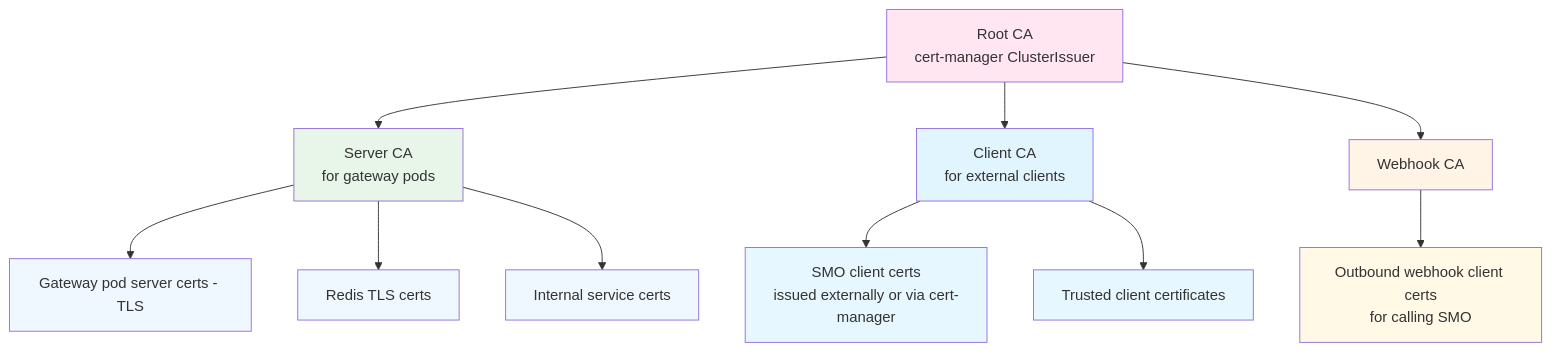
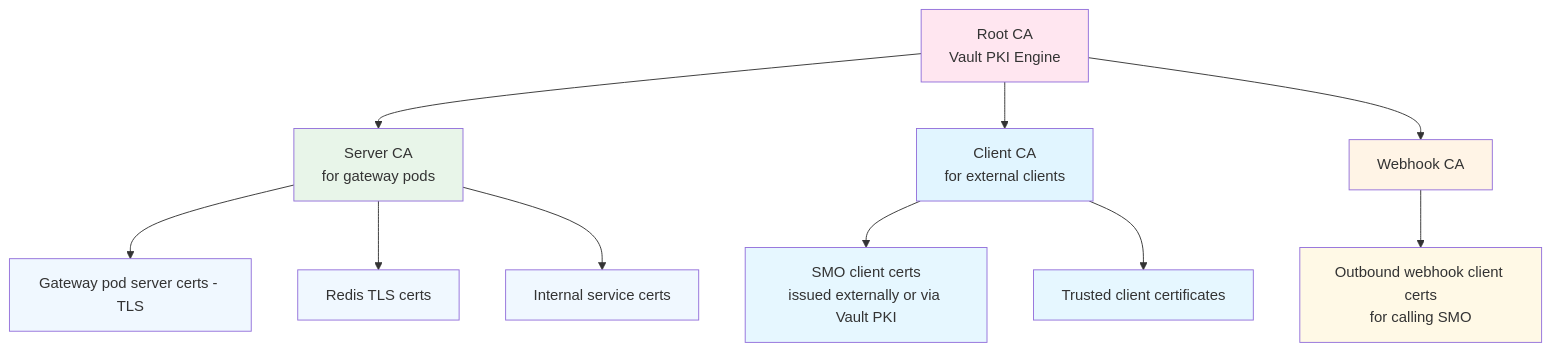
Before and after one commit to piwi3910/netweave: the third of 5 diagrams in docs/architecture/components.md, drawn with Mermaid. The commit also changed other lines of this file and 53 other files, not shown here.

First line of the commit message:
[Docs] Comprehensive documentation audit for multi-port architecture

````diff
--- a/docs/architecture/components.md
+++ b/docs/architecture/components.md
@@ -483,28 +483,28 @@
 ```mermaid
 graph TB
-    Root[Root CA<br/>cert-manager ClusterIssuer]
+    Root[Root CA<br/>Vault PKI Engine]
 
     Root --> ServerCA[Server CA<br/>for gateway pods]
     Root --> ClientCA[Client CA<br/>for external clients]
     Root --> WebhookCA[Webhook CA]
 
     ServerCA --> GatewayCert[Gateway pod server certs - TLS]
     ServerCA --> RedisCert[Redis TLS certs]
     ServerCA --> ServiceCert[Internal service certs]
 
-    ClientCA --> SMOCert[SMO client certs<br/>issued externally or via cert-manager]
+    ClientCA --> SMOCert[SMO client certs<br/>issued externally or via Vault PKI]
     ClientCA --> TrustedCert[Trusted client certificates]
 
     WebhookCA --> WebhookCert[Outbound webhook client certs<br/>for calling SMO]
 
     style Root fill:#ffe6f0
     style ServerCA fill:#e8f5e9
     style ClientCA fill:#e1f5ff
     style WebhookCA fill:#fff4e6
     style GatewayCert fill:#f0f8ff
     style RedisCert fill:#f0f8ff
     style ServiceCert fill:#f0f8ff
     style SMOCert fill:#e6f7ff
     style TrustedCert fill:#e6f7ff
     style WebhookCert fill:#fff9e6
 ```
````
